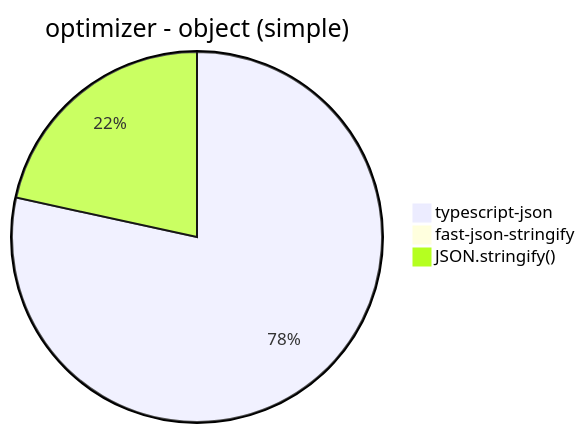
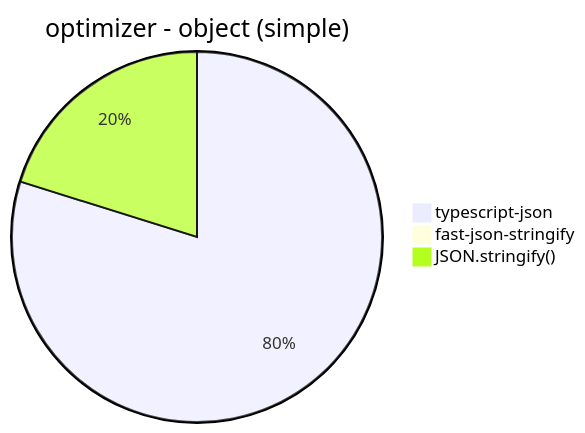
Diagram 15 of 30 in benchmark/results/Apple M1.md (samchon/typia), drawn with Mermaid before and after one commit. The commit also changed other lines of this file, not shown here.

````diff
--- a/benchmark/results/Apple M1.md
+++ b/benchmark/results/Apple M1.md
@@ -157,6 +158,6 @@
 ```mermaid
 pie title optimizer - object (simple)
-  "typescript-json": 49317.6233266092
-  "fast-json-stringify": 9.978991596638656
-  "JSON.stringify()": 13574.913526306207
+  "typescript-json": 48390.92753088696
+  "fast-json-stringify": 9.286898839137645
+  "JSON.stringify()": 12220.392989909718
 ```
````
